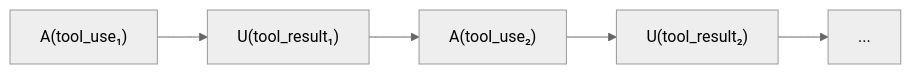
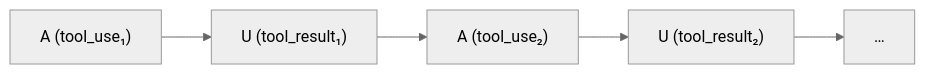
Before and after one commit to handgemacht-ai/claude-code-log: the seventh of 18 diagrams in dev-docs/dag.md, drawn with Mermaid (neutral theme). The commit also changed other lines of this file and 4 other files, not shown here.

First line of the commit message:
Linearize assistant-continuation tool-flow forks instead of branching (#214)

````diff
--- a/dev-docs/dag.md
+++ b/dev-docs/dag.md
@@ -342,7 +359,4 @@
 ```mermaid
 graph LR
-    A1["A(tool_use₁)"] --> U1["U(tool_result₁)"]
-    U1 --> A2["A(tool_use₂)"]
-    A2 --> U2["U(tool_result₂)"]
-    U2 --> rest["..."]
+    A1["A (tool_use₁)"] --> U1["U (tool_result₁)"] --> A2["A (tool_use₂)"] --> U2["U (tool_result₂)"] --> rest["…"]
 ```
````
